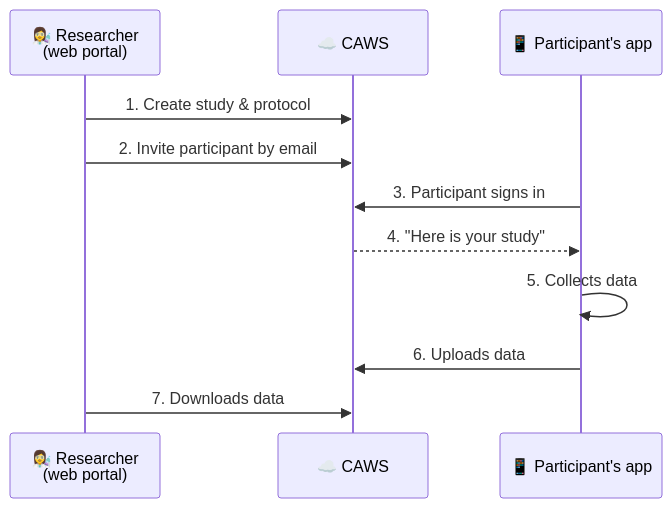
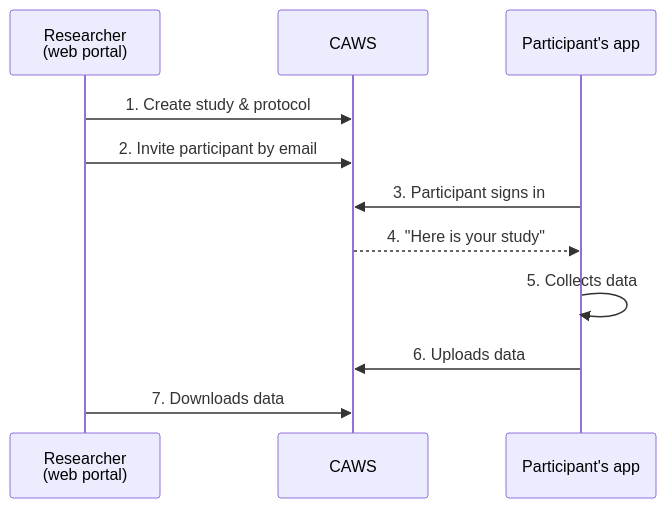
The diagram in src/content/docs/start/storage-caws.mdx (carp-dk/carp-docs-starlight), drawn with Mermaid before and after one commit. The commit also changed other lines of this file and 8 other files, not shown here.

````diff
--- a/src/content/docs/start/storage-caws.mdx
+++ b/src/content/docs/start/storage-caws.mdx
@@ -15,13 +14,13 @@
 ```mermaid
 sequenceDiagram
-    participant R as 👩‍🔬 Researcher<br/>(web portal)
-    participant S as ☁️ CAWS
-    participant A as 📱 Participant's app
+    participant R as Researcher<br/>(web portal)
+    participant S as CAWS
+    participant A as Participant's app
     R->>S: 1. Create study & protocol
     R->>S: 2. Invite participant by email
     A->>S: 3. Participant signs in
     S-->>A: 4. "Here is your study"
     A->>A: 5. Collects data
     A->>S: 6. Uploads data
     R->>S: 7. Downloads data
 ```
````
